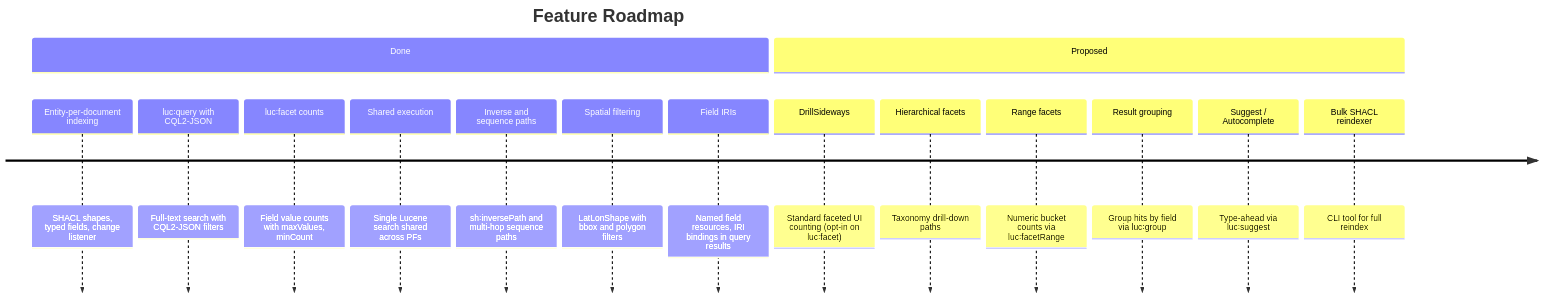
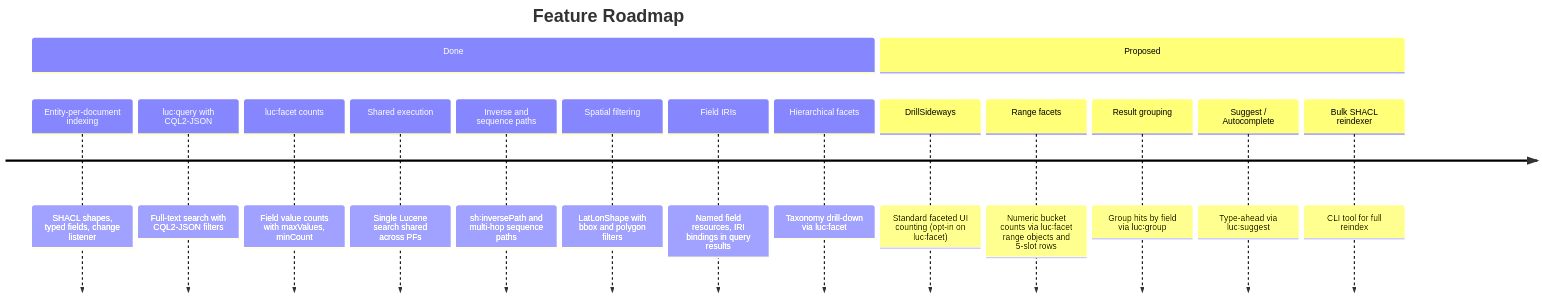
One commit to Kurrawong/jena changed the second of 2 diagrams in docs/README.md. Above: the diagram before and after it, drawn with Mermaid. The commit also changed other lines of this file and 7 other files, not shown here.

First line of the commit message:
docs: document range facets design on luc:facet

````diff
--- a/docs/README.md
+++ b/docs/README.md
@@ -92,19 +92,19 @@
 ```mermaid
 timeline
     title Feature Roadmap
     section Done
         Entity-per-document indexing   : SHACL shapes, typed fields, change listener
         luc꞉query with CQL2-JSON      : Full-text search with CQL2-JSON filters
         luc꞉facet counts               : Field value counts with maxValues, minCount
         Shared execution               : Single Lucene search shared across PFs
         Inverse and sequence paths     : sh꞉inversePath and multi-hop sequence paths
         Spatial filtering              : LatLonShape with bbox and polygon filters
         Field IRIs                     : Named field resources, IRI bindings in query results
+        Hierarchical facets            : Taxonomy drill-down via luc꞉facet
     section Proposed
         DrillSideways                  : Standard faceted UI counting (opt-in on luc꞉facet)
-        Hierarchical facets            : Taxonomy drill-down paths
-        Range facets                   : Numeric bucket counts via luc꞉facetRange
+        Range facets                   : Numeric bucket counts via luc꞉facet range objects and 5-slot rows
         Result grouping                : Group hits by field via luc꞉group
         Suggest / Autocomplete         : Type-ahead via luc꞉suggest
         Bulk SHACL reindexer           : CLI tool for full reindex
 ```
````
